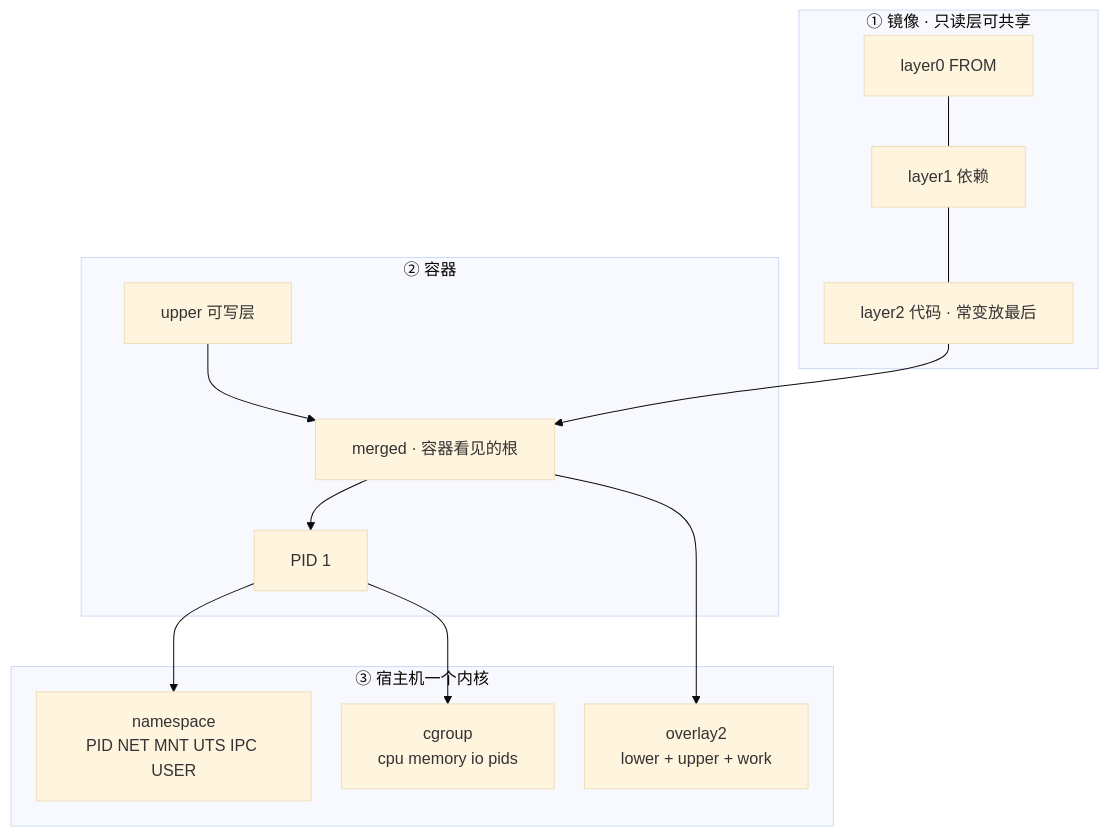
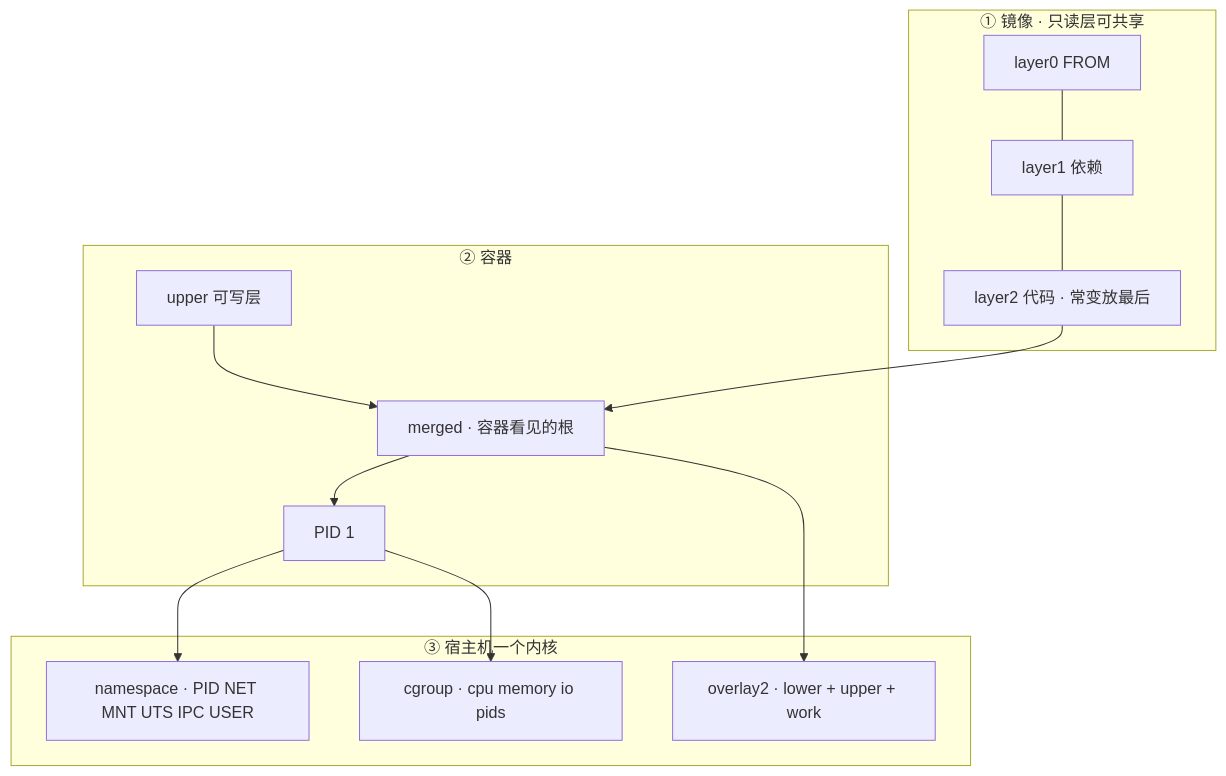
The second of 3 diagrams in 04-工程化与自动化/02-Docker深度/知识点.md (ml-cuizijun/LearnToLilith), drawn with Mermaid before and after one commit. The commit also changed other lines of this file and 178 other files, not shown here.

````diff
--- a/04-工程化与自动化/02-Docker深度/知识点.md
+++ b/04-工程化与自动化/02-Docker深度/知识点.md
@@ -93,34 +31,25 @@
 ```mermaid
-%%{init: {"flowchart": {"padding": 18, "nodeSpacing": 30, "rankSpacing": 50}, "theme": "base"}}%%
 flowchart TB
     subgraph image ["① 镜像 · 只读层可共享"]
         l0[layer0 FROM]
         l1[layer1 依赖]
         l2[layer2 代码 · 常变放最后]
         l0 --- l1 --- l2
     end
-
     subgraph ctr ["② 容器"]
         upper[upper 可写层]
         merged[merged · 容器看见的根]
         pid[PID 1]
         upper --> merged
         l2 --> merged
         merged --> pid
     end
-
     subgraph kernel ["③ 宿主机一个内核"]
-        ns["namespace<br/>PID NET MNT UTS IPC USER"]
-        cg["cgroup<br/>cpu memory io pids"]
-        ov["overlay2<br/>lower + upper + work"]
+        ns["namespace · PID NET MNT UTS IPC USER"]
+        cg["cgroup · cpu memory io pids"]
+        ov["overlay2 · lower + upper + work"]
     end
-
     pid --> ns
     pid --> cg
     merged --> ov
-
-    class l0,l1,l2 img
-    class upper,merged,pid c
-    class ns,cg,ov k
-
 ```
````
